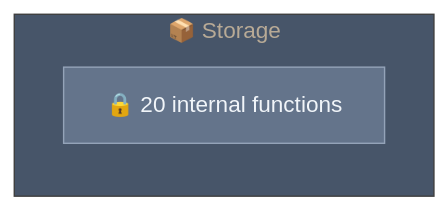
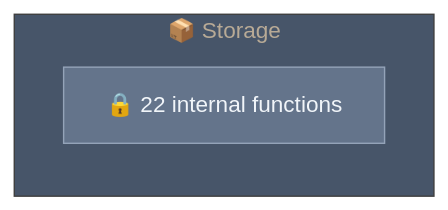
The diagram in .mikk/diagrams/capsules/mesh-packages-mcp-server.mmd (Ansh-dhanani/mikk), drawn with Mermaid before and after one commit. The commit also changed 122 other files, not shown here.

```diff
--- a/.mikk/diagrams/capsules/mesh-packages-mcp-server.mmd
+++ b/.mikk/diagrams/capsules/mesh-packages-mcp-server.mmd
@@ -1,12 +1,12 @@
 %%{init: {"theme": "base", "themeVariables": {"primaryColor": "#1e293b", "primaryTextColor": "#e2e8f0", "lineColor": "#64748b", "secondaryColor": "#334155", "tertiaryColor": "#475569", "background": "#0f172a", "mainBkg": "#1e293b", "nodeBorder": "#475569"}}}%%
 graph LR
 
     subgraph mesh_packages_mcp_server["📦 Storage"]
         direction TB
-        internal["🔒 20 internal functions"]
+        internal["🔒 22 internal functions"]
     end
 
 
     classDef publicApi fill:#22c55e,stroke:#4ade80,color:#f0fdf4
     classDef internalApi fill:#64748b,stroke:#94a3b8,color:#f1f5f9
     class internal internalApi
```
